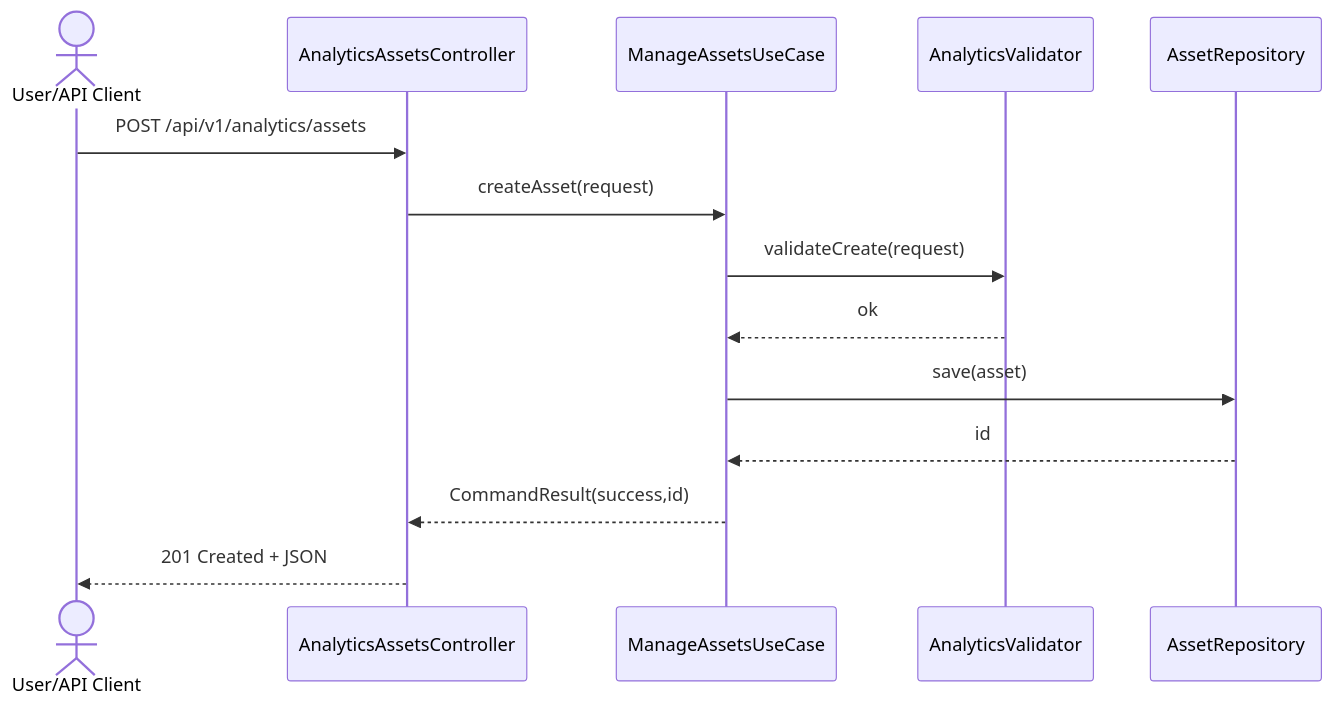
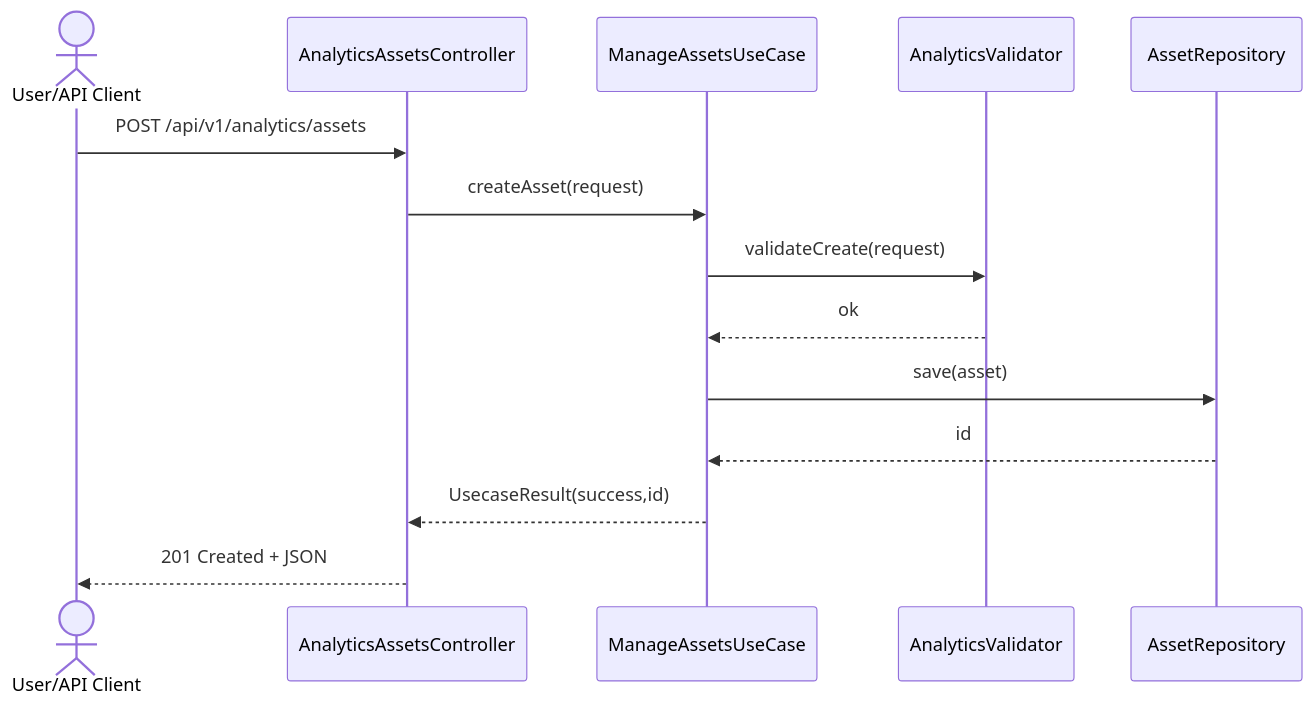
Before and after one commit to UIMSolutions/uim-platform: the third of 4 diagrams in analytics/UML.md, drawn with Mermaid. The commit also changed other lines of this file and 907 other files, not shown here.

Commit message:
Rename CommandResult

````diff
--- a/analytics/UML.md
+++ b/analytics/UML.md
@@ -108,17 +108,17 @@
 ```mermaid
 sequenceDiagram
   actor U as User/API Client
   participant C as AnalyticsAssetsController
   participant UC as ManageAssetsUseCase
   participant V as AnalyticsValidator
   participant R as AssetRepository
 
   U->>C: POST /api/v1/analytics/assets
   C->>UC: createAsset(request)
   UC->>V: validateCreate(request)
   V-->>UC: ok
   UC->>R: save(asset)
   R-->>UC: id
-  UC-->>C: CommandResult(success,id)
+  UC-->>C: UsecaseResult(success,id)
   C-->>U: 201 Created + JSON
 ```
````
